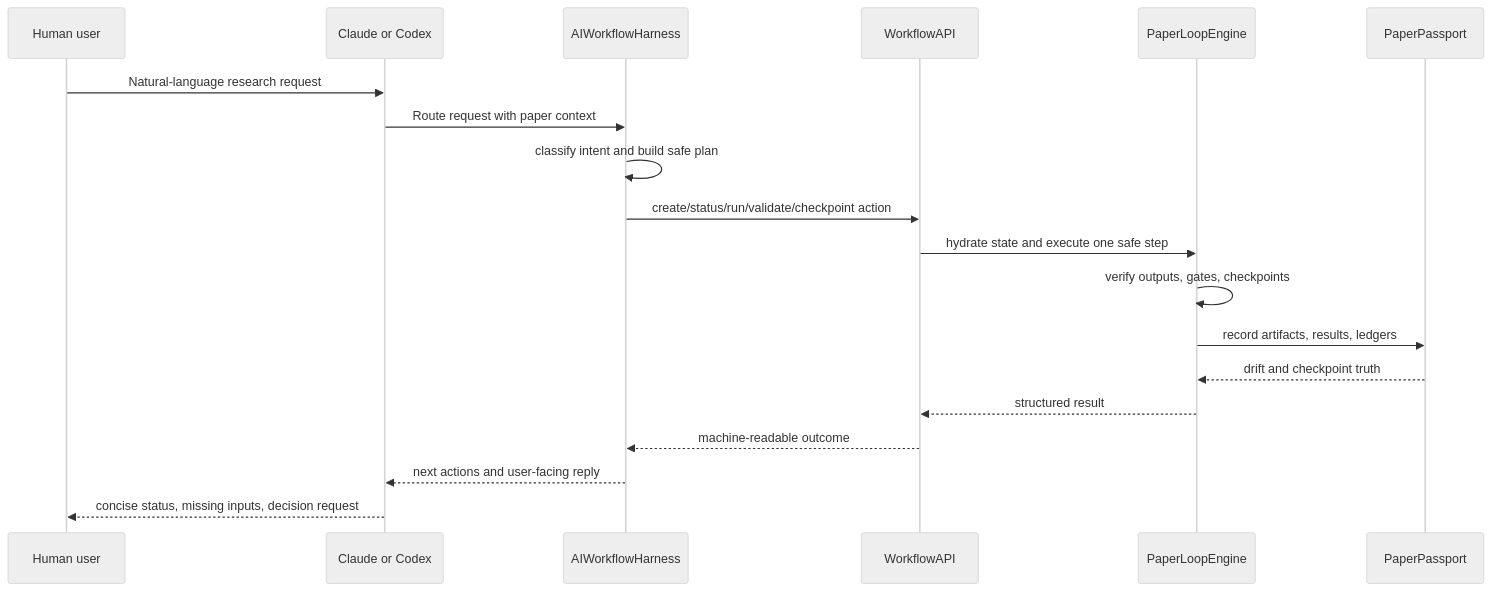
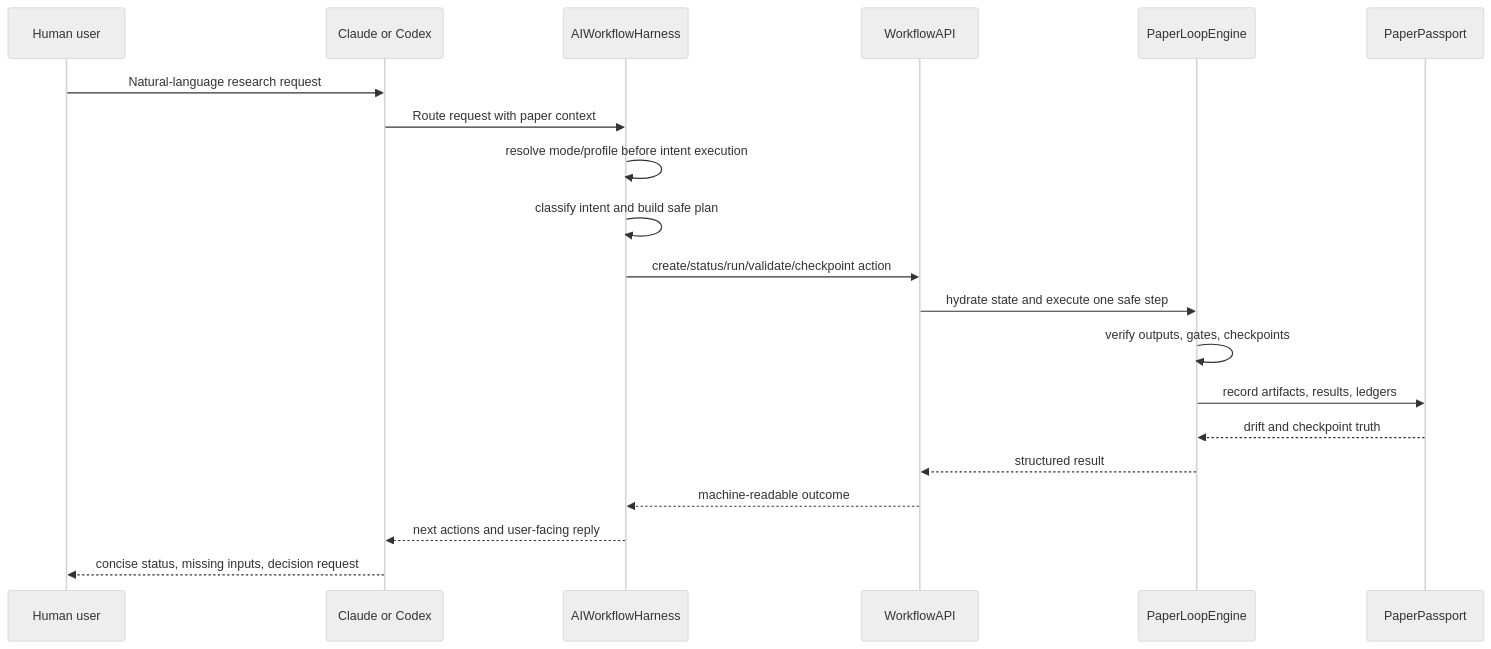
The fifth of 8 diagrams in ARCHITECTURE.md (anthonyvmppg3yigdt33kp-lang/ResearchPaperWorkflow), drawn with Mermaid (neutral theme) before and after one commit. The commit also changed other lines of this file and 16 other files, not shown here.

````diff
--- a/ARCHITECTURE.md
+++ b/ARCHITECTURE.md
@@ -160,22 +162,23 @@
 ```mermaid
 sequenceDiagram
     participant User as Human user
     participant Model as Claude or Codex
     participant Harness as AIWorkflowHarness
     participant API as WorkflowAPI
     participant Engine as PaperLoopEngine
     participant Passport as PaperPassport
 
     User->>Model: Natural-language research request
     Model->>Harness: Route request with paper context
+    Harness->>Harness: resolve mode/profile before intent execution
     Harness->>Harness: classify intent and build safe plan
     Harness->>API: create/status/run/validate/checkpoint action
     API->>Engine: hydrate state and execute one safe step
     Engine->>Engine: verify outputs, gates, checkpoints
     Engine->>Passport: record artifacts, results, ledgers
     Passport-->>Engine: drift and checkpoint truth
     Engine-->>API: structured result
     API-->>Harness: machine-readable outcome
     Harness-->>Model: next actions and user-facing reply
     Model-->>User: concise status, missing inputs, decision request
 ```
````
